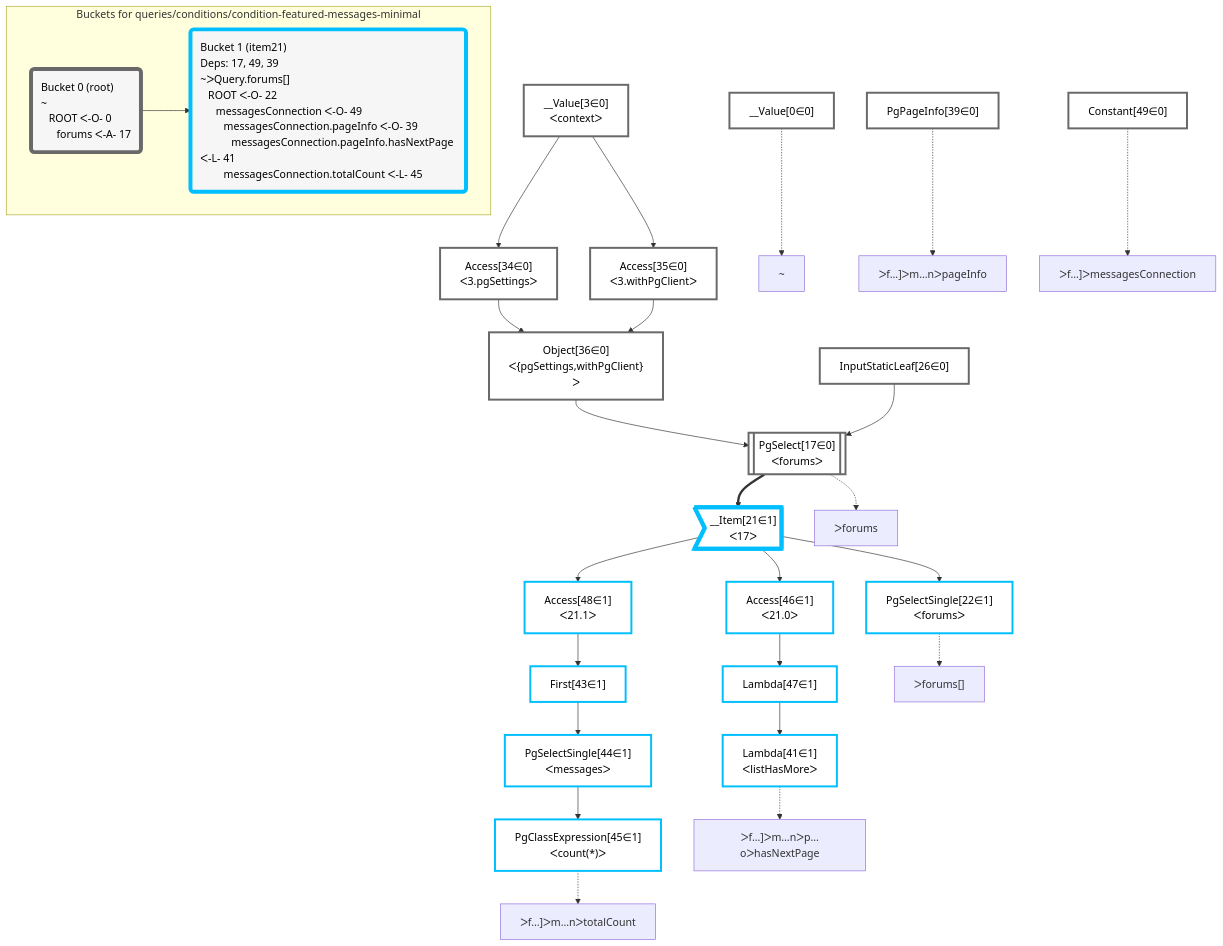
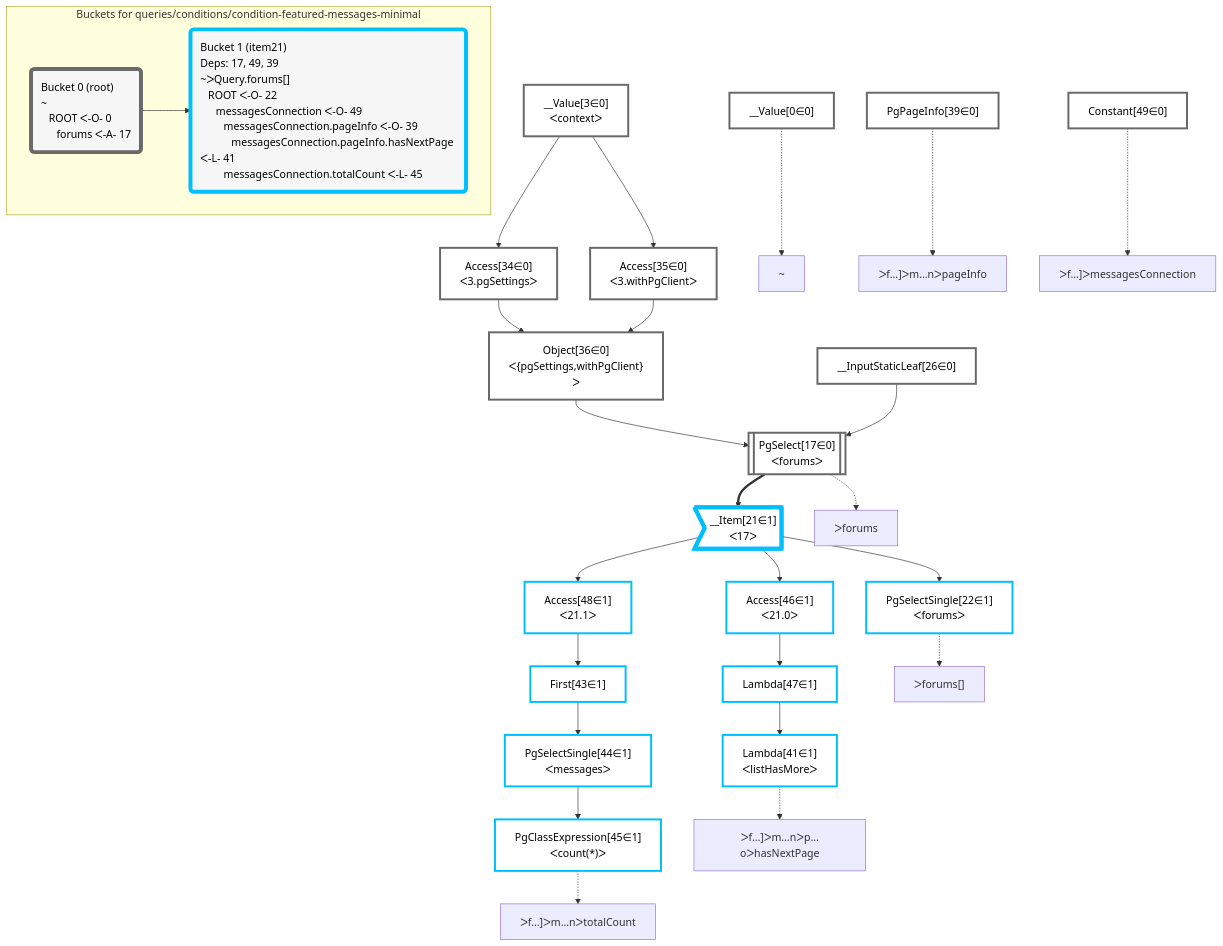
Before and after one commit to graphile/crystal: the diagram in packages/dataplan-pg/__tests__/queries/conditions/condition-featured-messages-minimal.mermaid.md, drawn with Mermaid. The commit also changed 79 other files, not shown here.

````diff
--- a/packages/dataplan-pg/__tests__/queries/conditions/condition-featured-messages-minimal.mermaid.md
+++ b/packages/dataplan-pg/__tests__/queries/conditions/condition-featured-messages-minimal.mermaid.md
@@ -1,70 +1,70 @@
 ```mermaid
 graph TD
     classDef path fill:#eee,stroke:#000,color:#000
     classDef plan fill:#fff,stroke-width:3px,color:#000
     classDef itemplan fill:#fff,stroke-width:6px,color:#000
     classDef sideeffectplan fill:#f00,stroke-width:6px,color:#000
     classDef bucket fill:#f6f6f6,color:#000,stroke-width:6px,text-align:left
 
 
     %% define plans
     __Value0["__Value[0∈0]"]:::plan
     PgSelectSingle22["PgSelectSingle[22∈1]<br />ᐸforumsᐳ"]:::plan
     PgClassExpression45["PgClassExpression[45∈1]<br />ᐸcount(*)ᐳ"]:::plan
     PgSelectSingle44["PgSelectSingle[44∈1]<br />ᐸmessagesᐳ"]:::plan
     First43["First[43∈1]"]:::plan
     Access48["Access[48∈1]<br />ᐸ21.1ᐳ"]:::plan
     Lambda41["Lambda[41∈1]<br />ᐸlistHasMoreᐳ"]:::plan
     Lambda47["Lambda[47∈1]"]:::plan
     Access46["Access[46∈1]<br />ᐸ21.0ᐳ"]:::plan
     __Item21>"__Item[21∈1]<br />ᐸ17ᐳ"]:::itemplan
     PgSelect17[["PgSelect[17∈0]<br />ᐸforumsᐳ"]]:::plan
     Object36["Object[36∈0]<br />ᐸ{pgSettings,withPgClient}ᐳ"]:::plan
     Access34["Access[34∈0]<br />ᐸ3.pgSettingsᐳ"]:::plan
     Access35["Access[35∈0]<br />ᐸ3.withPgClientᐳ"]:::plan
     __Value3["__Value[3∈0]<br />ᐸcontextᐳ"]:::plan
-    InputStaticLeaf26["InputStaticLeaf[26∈0]"]:::plan
+    __InputStaticLeaf26["__InputStaticLeaf[26∈0]"]:::plan
     Constant49["Constant[49∈0]"]:::plan
     PgPageInfo39["PgPageInfo[39∈0]"]:::plan
 
     %% plan dependencies
     __Item21 --> PgSelectSingle22
     PgSelectSingle44 --> PgClassExpression45
     First43 --> PgSelectSingle44
     Access48 --> First43
     __Item21 --> Access48
     Lambda47 --> Lambda41
     Access46 --> Lambda47
     __Item21 --> Access46
     PgSelect17 ==> __Item21
-    Object36 & InputStaticLeaf26 --> PgSelect17
+    Object36 & __InputStaticLeaf26 --> PgSelect17
     Access34 & Access35 --> Object36
     __Value3 --> Access34
     __Value3 --> Access35
 
     %% plan-to-path relationships
     P0["~"]
     __Value0 -.-> P0
     P17["ᐳforums"]
     PgSelect17 -.-> P17
     P22["ᐳforums[]"]
     PgSelectSingle22 -.-> P22
     P39["ᐳf…]ᐳm…nᐳpageInfo"]
     PgPageInfo39 -.-> P39
     P41["ᐳf…]ᐳm…nᐳp…oᐳhasNextPage"]
     Lambda41 -.-> P41
     P45["ᐳf…]ᐳm…nᐳtotalCount"]
     PgClassExpression45 -.-> P45
     P49["ᐳf…]ᐳmessagesConnection"]
     Constant49 -.-> P49
 
     subgraph "Buckets for queries/conditions/condition-featured-messages-minimal"
     Bucket0("Bucket 0 (root)<br />~<br />⠀ROOT ᐸ-O- 0<br />⠀⠀forums ᐸ-A- 17"):::bucket
     classDef bucket0 stroke:#696969
-    class Bucket0,__Value0,__Value3,PgSelect17,InputStaticLeaf26,Access34,Access35,Object36,PgPageInfo39,Constant49 bucket0
+    class Bucket0,__Value0,__Value3,PgSelect17,__InputStaticLeaf26,Access34,Access35,Object36,PgPageInfo39,Constant49 bucket0
     Bucket1("Bucket 1 (item21)<br />Deps: 17, 49, 39<br />~ᐳQuery.forums[]<br />⠀ROOT ᐸ-O- 22<br />⠀⠀messagesConnection ᐸ-O- 49<br />⠀⠀⠀messagesConnection.pageInfo ᐸ-O- 39<br />⠀⠀⠀⠀messagesConnection.pageInfo.hasNextPage ᐸ-L- 41<br />⠀⠀⠀messagesConnection.totalCount ᐸ-L- 45"):::bucket
     classDef bucket1 stroke:#00bfff
     class Bucket1,__Item21,PgSelectSingle22,Lambda41,First43,PgSelectSingle44,PgClassExpression45,Access46,Lambda47,Access48 bucket1
     Bucket0 --> Bucket1
     end
 ```
````
